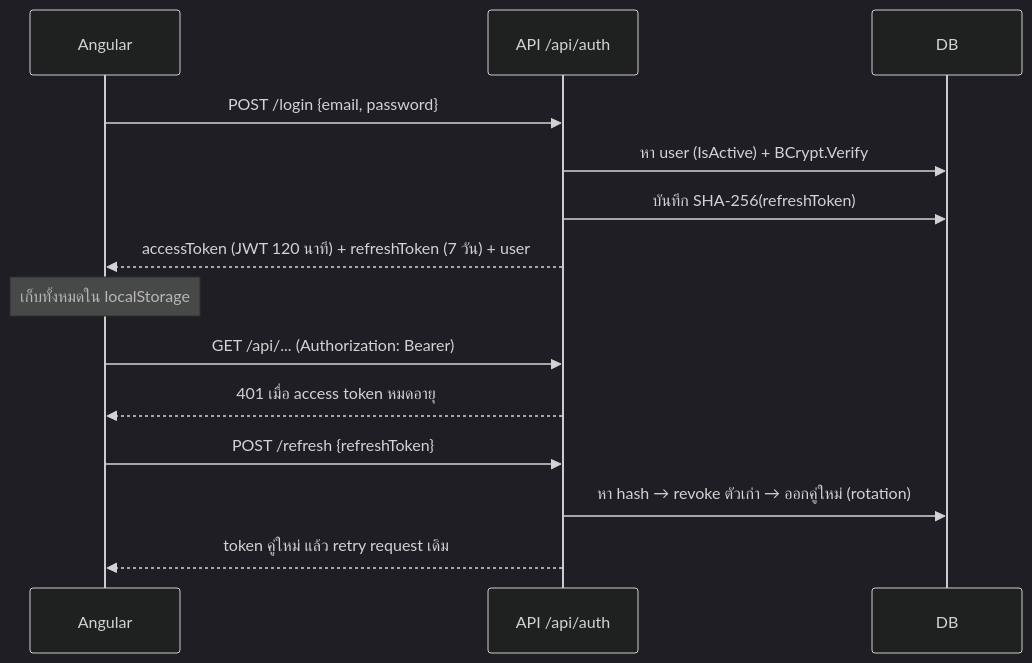
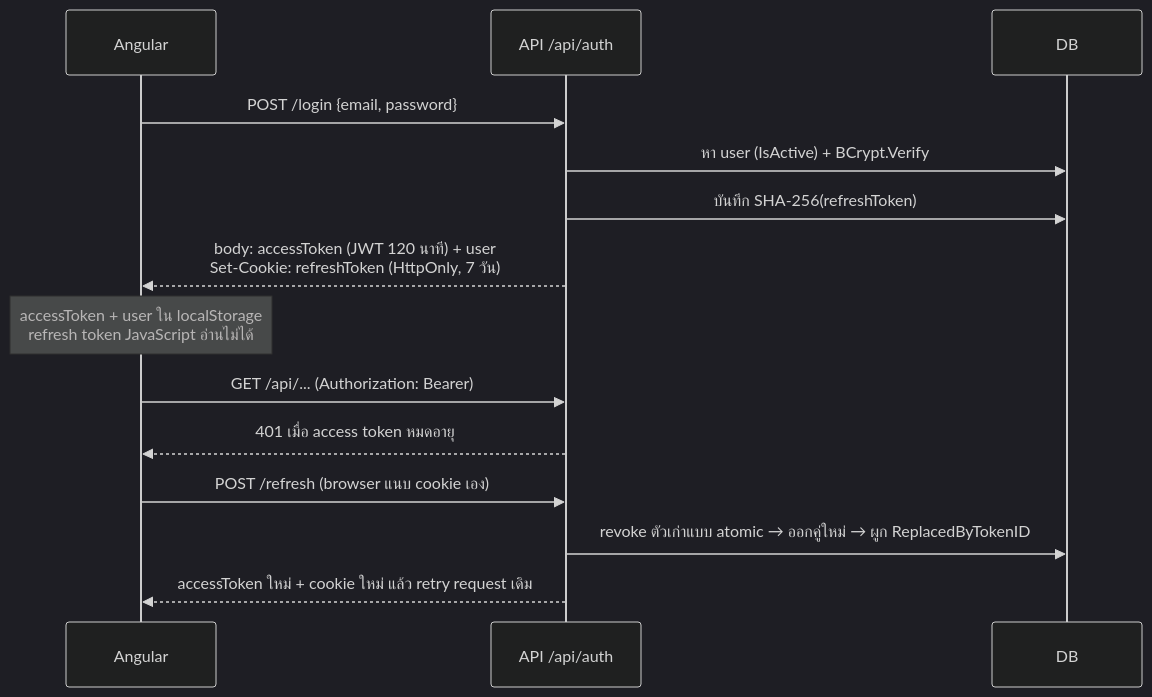
Before and after one commit to MoDGo3/internship-log-system: the third of 4 diagrams in docs/architecture.md, drawn with Mermaid (dark theme). The commit also changed other lines of this file and 78 other files, not shown here.

````diff
--- a/docs/architecture.md
+++ b/docs/architecture.md
@@ -93,17 +92,17 @@
 ```mermaid
 sequenceDiagram
     participant W as Angular
     participant A as API /api/auth
     participant D as DB
 
     W->>A: POST /login {email, password}
     A->>D: หา user (IsActive) + BCrypt.Verify
     A->>D: บันทึก SHA-256(refreshToken)
-    A-->>W: accessToken (JWT 120 นาที) + refreshToken (7 วัน) + user
-    Note over W: เก็บทั้งหมดใน localStorage
+    A-->>W: body: accessToken (JWT 120 นาที) + user<br/>Set-Cookie: refreshToken (HttpOnly, 7 วัน)
+    Note over W: accessToken + user ใน localStorage<br/>refresh token JavaScript อ่านไม่ได้
     W->>A: GET /api/... (Authorization: Bearer)
     A-->>W: 401 เมื่อ access token หมดอายุ
-    W->>A: POST /refresh {refreshToken}
-    A->>D: หา hash → revoke ตัวเก่า → ออกคู่ใหม่ (rotation)
-    A-->>W: token คู่ใหม่ แล้ว retry request เดิม
+    W->>A: POST /refresh (browser แนบ cookie เอง)
+    A->>D: revoke ตัวเก่าแบบ atomic → ออกคู่ใหม่ → ผูก ReplacedByTokenID
+    A-->>W: accessToken ใหม่ + cookie ใหม่ แล้ว retry request เดิม
 ```
````
